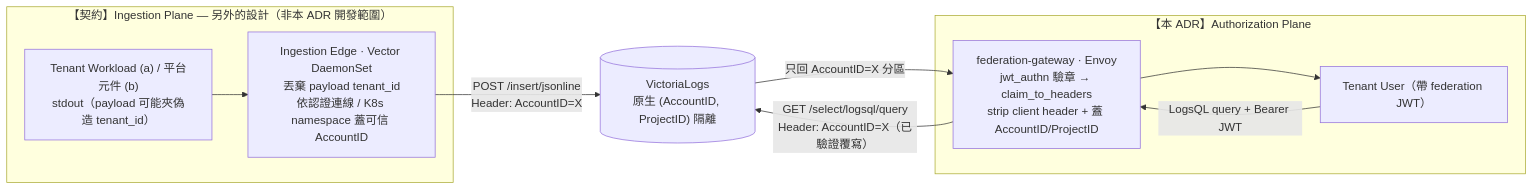
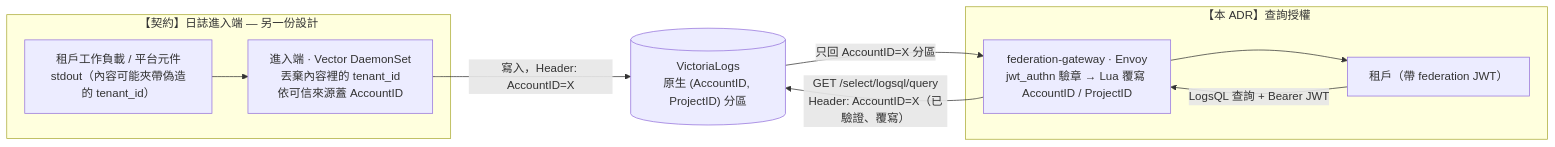
One commit to vencil/Dynamic-Alerting-Integrations changed the diagram in docs/adr/021-tenant-log-query-federation.md. Above: the diagram before and after it, drawn with Mermaid. The commit also changed other lines of this file and 115 other files, not shown here.

````diff
--- a/docs/adr/021-tenant-log-query-federation.md
+++ b/docs/adr/021-tenant-log-query-federation.md
@@ -88,19 +58,19 @@
 ```mermaid
 flowchart LR
-    subgraph CONTRACT["【契約】Ingestion Plane — 另外的設計（非本 ADR 開發範圍）"]
-      SRC["Tenant Workload (a) / 平台元件 (b)<br/>stdout（payload 可能夾偽造 tenant_id）"]
-      ING["Ingestion Edge · Vector DaemonSet<br/>丟棄 payload tenant_id<br/>依認證連線 / K8s namespace 蓋可信 AccountID"]
+    subgraph CONTRACT["【契約】日誌進入端 — 另一份設計"]
+      SRC["租戶工作負載 / 平台元件<br/>stdout（內容可能夾帶偽造的 tenant_id）"]
+      ING["進入端 · Vector DaemonSet<br/>丟棄內容裡的 tenant_id<br/>依可信來源蓋 AccountID"]
     end
-    subgraph SCOPE["【本 ADR】Authorization Plane"]
-      USER["Tenant User（帶 federation JWT）"]
-      GW["federation-gateway · Envoy<br/>jwt_authn 驗章 → claim_to_headers<br/>strip client header + 蓋 AccountID/ProjectID"]
+    subgraph SCOPE["【本 ADR】查詢授權"]
+      USER["租戶（帶 federation JWT）"]
+      GW["federation-gateway · Envoy<br/>jwt_authn 驗章 → Lua 覆寫 AccountID / ProjectID"]
     end
-    VL[("VictoriaLogs<br/>原生 (AccountID, ProjectID) 隔離")]
+    VL[("VictoriaLogs<br/>原生 (AccountID, ProjectID) 分區")]
 
     SRC --> ING
-    ING -- "POST /insert/jsonline<br/>Header: AccountID=X" --> VL
-    USER -- "LogsQL query + Bearer JWT" --> GW
-    GW -- "GET /select/logsql/query<br/>Header: AccountID=X（已驗證覆寫）" --> VL
+    ING -- "寫入，Header: AccountID=X" --> VL
+    USER -- "LogsQL 查詢 + Bearer JWT" --> GW
+    GW -- "GET /select/logsql/query<br/>Header: AccountID=X（已驗證、覆寫）" --> VL
     VL -- "只回 AccountID=X 分區" --> GW
     GW --> USER
 ```
````
